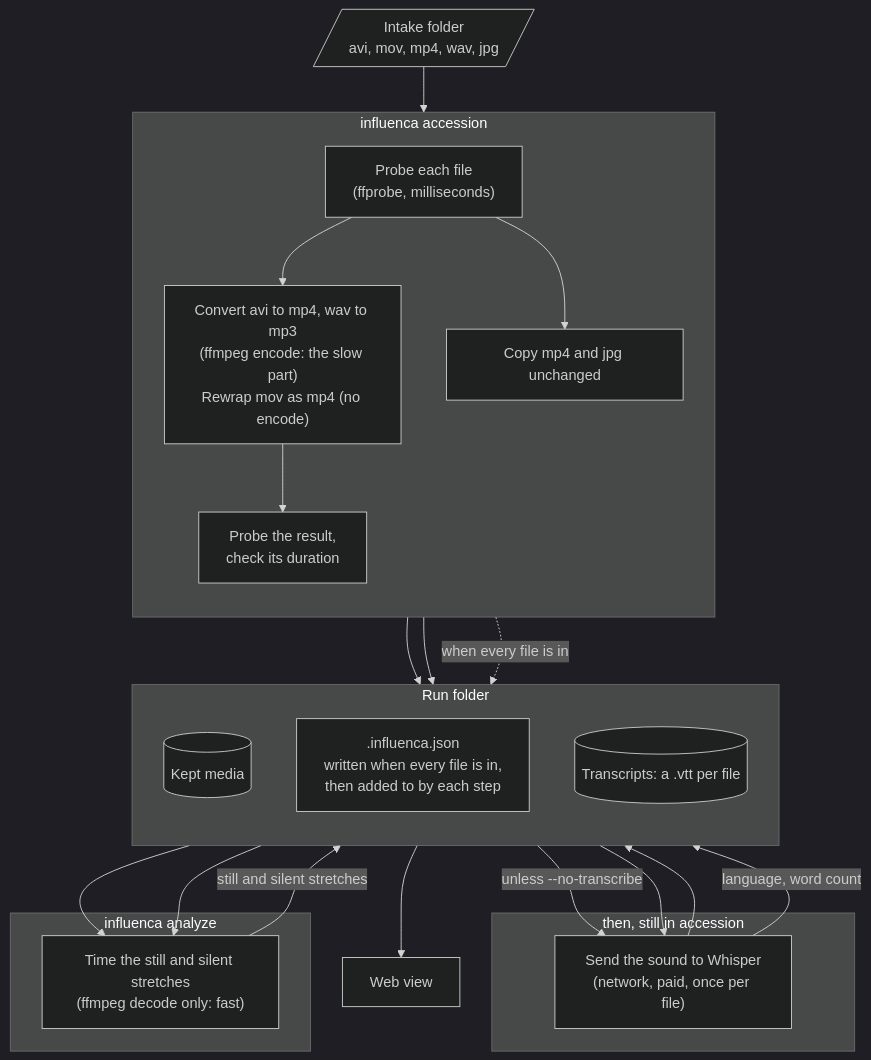
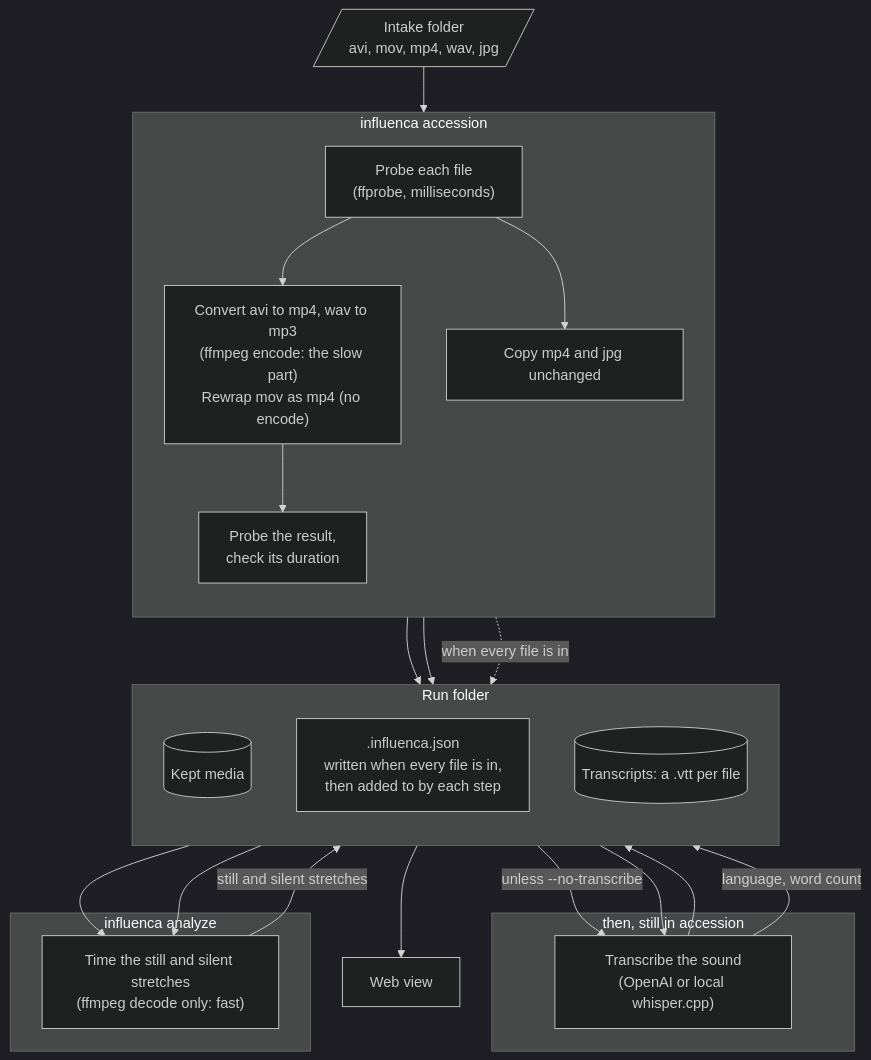
The diagram in README.md (GaryB432/influenca), drawn with Mermaid (dark theme) before and after one commit. The commit also changed other lines of this file and 6 other files, not shown here.

Commit message:
Add local Whisper transcription backend

````diff
--- a/README.md
+++ b/README.md
@@ -17,42 +17,42 @@
 ```mermaid
 flowchart TD
   intake[/"Intake folder<br/>avi, mov, mp4, wav, jpg"/]
 
   subgraph accession ["influenca accession"]
     direction TB
     probe["Probe each file<br/>(ffprobe, milliseconds)"]
     convert["Convert avi to mp4, wav to mp3<br/>(ffmpeg encode: the slow part)<br/>Rewrap mov as mp4 (no encode)"]
     copy["Copy mp4 and jpg unchanged"]
     verify["Probe the result,<br/>check its duration"]
     probe --> convert --> verify
     probe --> copy
   end
 
   subgraph run ["Run folder"]
     direction TB
     media[("Kept media")]
     manifest[".influenca.json<br/>written when every file is in,<br/>then added to by each step"]
     vtt[("Transcripts: a .vtt per file")]
   end
 
   subgraph transcribe ["then, still in accession"]
-    whisper["Send the sound to Whisper<br/>(network, paid, once per file)"]
+    whisper["Transcribe the sound<br/>(OpenAI or local whisper.cpp)"]
   end
 
   subgraph analyze ["influenca analyze"]
     measure["Time the still and silent stretches<br/>(ffmpeg decode only: fast)"]
   end
 
   intake --> probe
   verify --> media
   copy --> media
   accession -. "when every file is in" .-> manifest
   manifest --> measure
   media --> measure
   measure -- "still and silent stretches" --> manifest
   manifest -- "unless --no-transcribe" --> whisper
   media --> whisper
   whisper --> vtt
   whisper -- "language, word count" --> manifest
   manifest --> web["Web view"]
 ```
````
